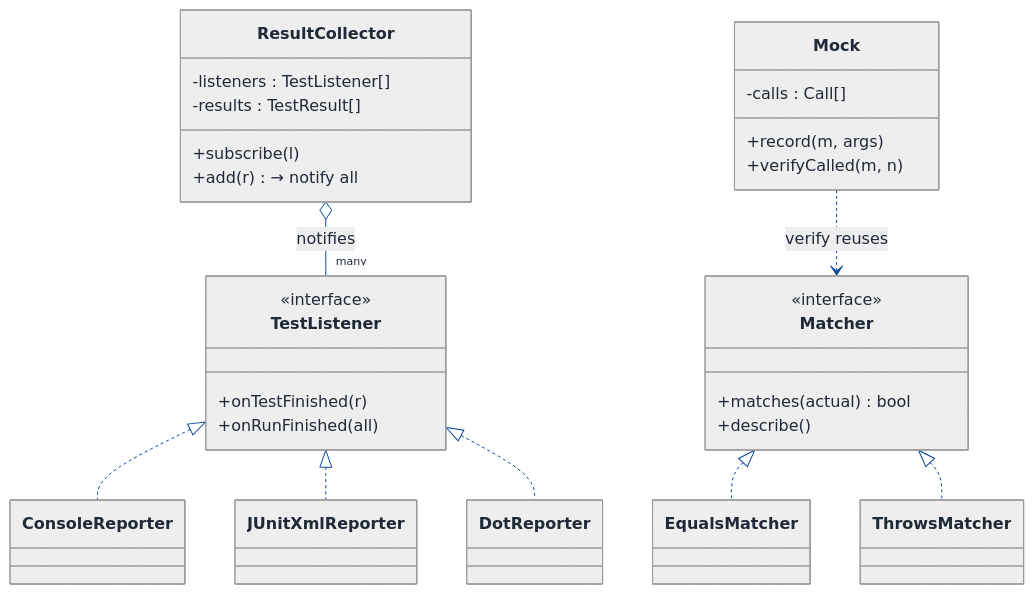
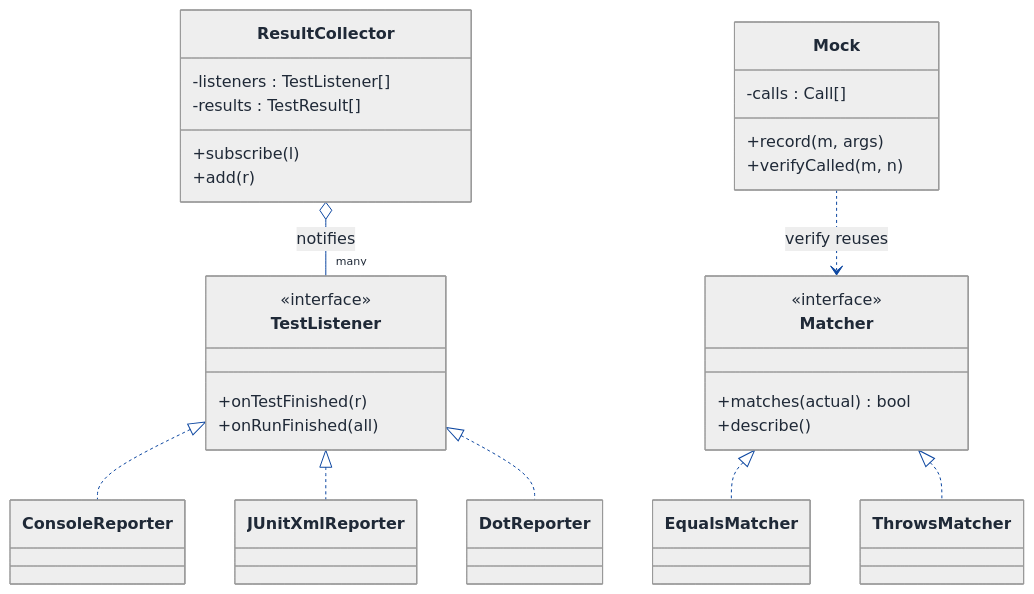
Before and after one commit to Prateek-5/question-bank: the sixth of 7 diagrams in LLD/Topics/Plugin_Architecture/Test_Framework.md, drawn with Mermaid. The commit also changed other lines of this file and 61 other files, not shown here.

First line of the commit message:
Fix invalid mermaid classDiagram member syntax across LLD walkthroughs

````diff
--- a/LLD/Topics/Plugin_Architecture/Test_Framework.md
+++ b/LLD/Topics/Plugin_Architecture/Test_Framework.md
@@ -920,69 +920,69 @@
 ```mermaid
 ---
 config:
   theme: neutral
   themeVariables:
     background: '#ffffff'
     primaryColor: '#cfe2ff'
     primaryTextColor: '#1f2937'
     primaryBorderColor: '#084298'
     secondaryColor: '#fff3cd'
     secondaryTextColor: '#1f2937'
     secondaryBorderColor: '#664d03'
     tertiaryColor: '#d1e7dd'
     tertiaryTextColor: '#1f2937'
     tertiaryBorderColor: '#0a3622'
     lineColor: '#0d47a1'
     textColor: '#1f2937'
     noteBkgColor: '#fff3cd'
     noteTextColor: '#1f2937'
     noteBorderColor: '#997404'
     actorBkg: '#cfe2ff'
     actorBorder: '#084298'
     actorTextColor: '#1f2937'
     signalColor: '#0d47a1'
     signalTextColor: '#1f2937'
     labelBoxBkgColor: '#ffffff'
     labelBoxBorderColor: '#d3d3d3'
     labelTextColor: '#1f2937'
     edgeLabelBackground: '#ffffff'
     labelBackground: '#ffffff'
     classText: '#1f2937'
     fontFamily: 'system-ui, -apple-system, Segoe UI, Helvetica, Arial, sans-serif'
 ---
 classDiagram
   direction TB
   class ResultCollector {
     -listeners : TestListener[]
     -results : TestResult[]
     +subscribe(l)
-    +add(r) → notify all
+    +add(r)
   }
   class TestListener {
     <<interface>>
     +onTestFinished(r)
     +onRunFinished(all)
   }
   class ConsoleReporter
   class JUnitXmlReporter
   class DotReporter
   class Matcher {
     <<interface>>
     +matches(actual) bool
     +describe()
   }
   class EqualsMatcher
   class ThrowsMatcher
   class Mock {
     -calls : Call[]
     +record(m, args)
     +verifyCalled(m, n)
   }
   ResultCollector o-- "many" TestListener : notifies
   TestListener <|.. ConsoleReporter
   TestListener <|.. JUnitXmlReporter
   TestListener <|.. DotReporter
   Matcher <|.. EqualsMatcher
   Matcher <|.. ThrowsMatcher
   Mock ..> Matcher : verify reuses
 ```
````
